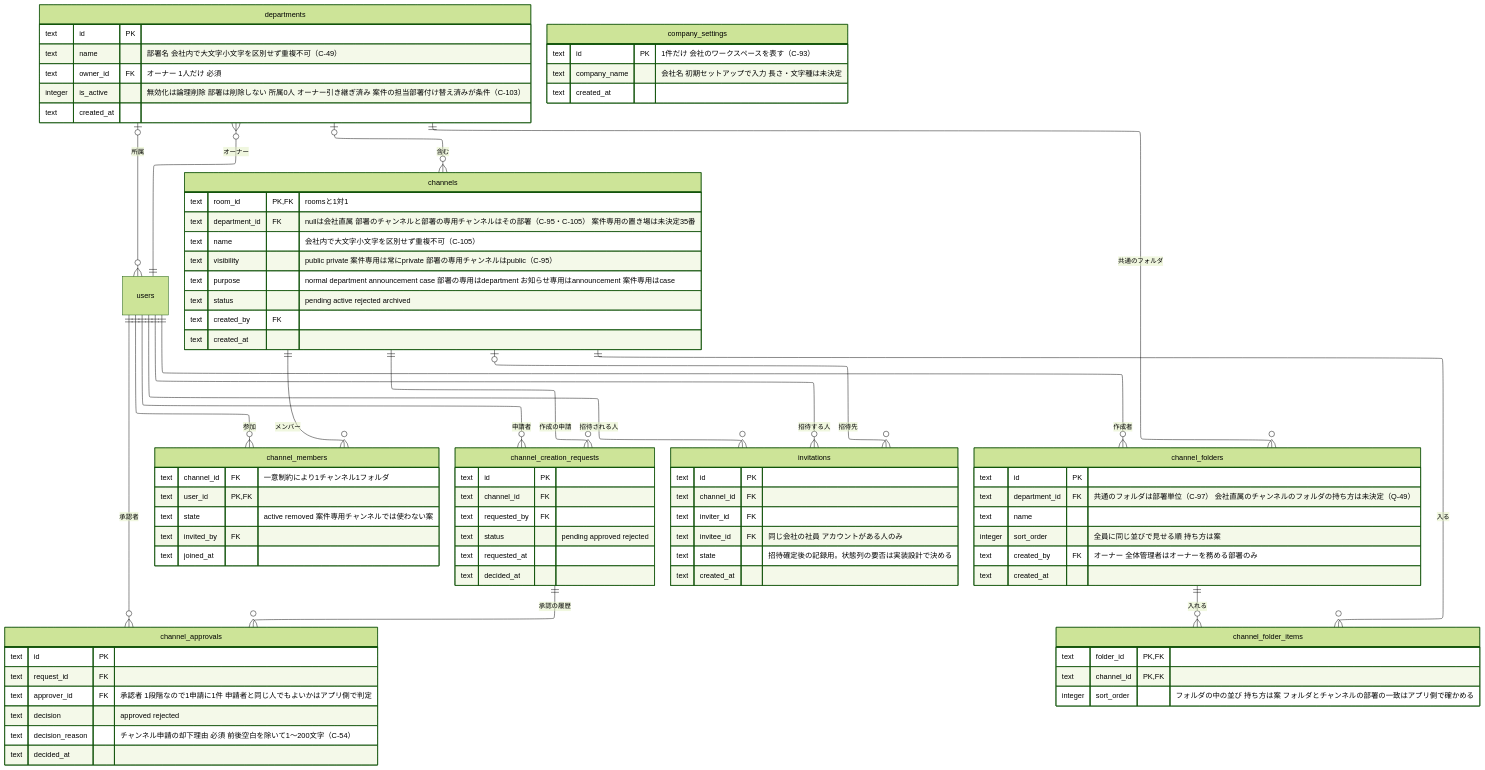
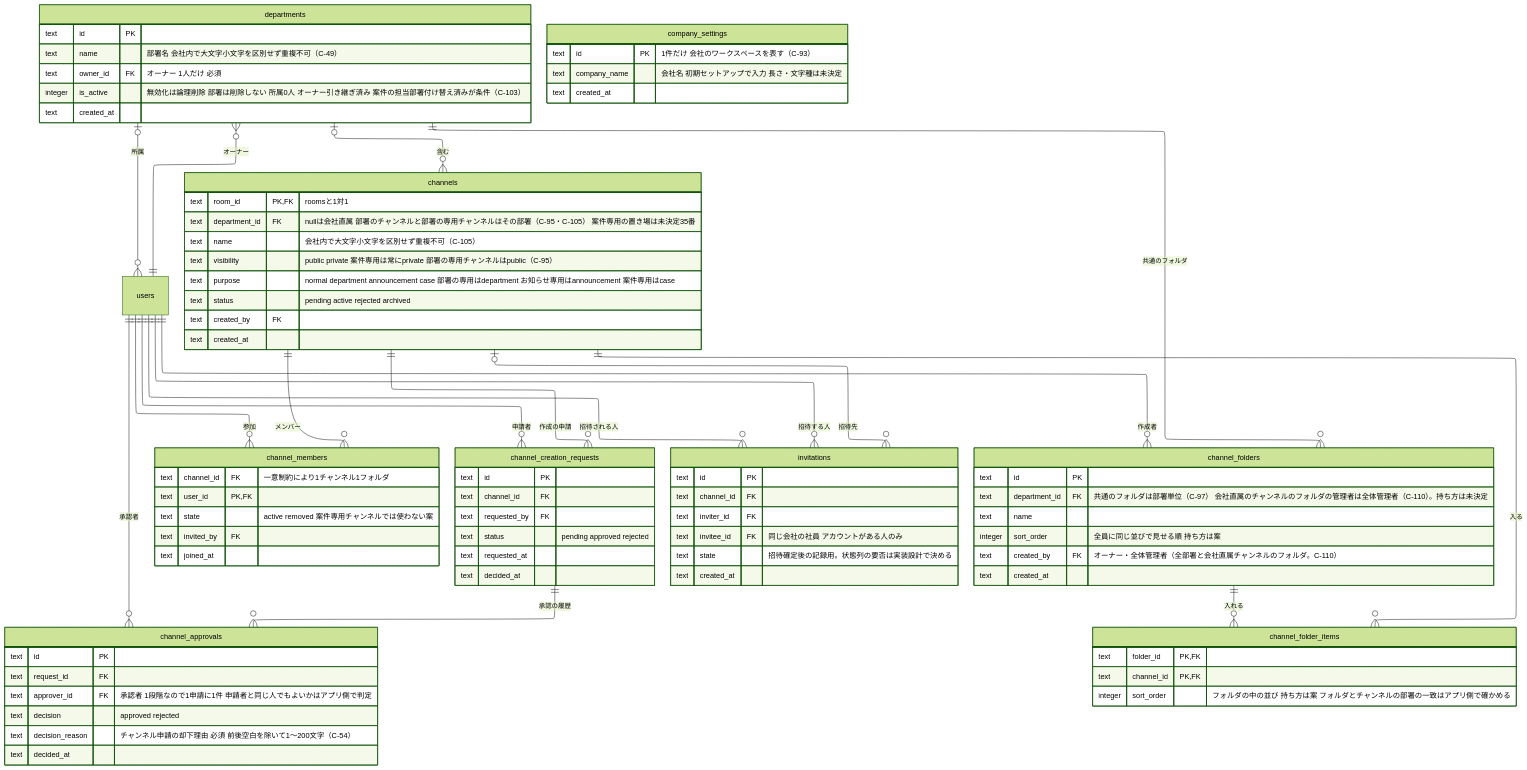
One commit to yamamotonaoki3/internal-system changed the sixth of 8 diagrams in docs/requirements/data-model.md. Above: the diagram before and after it, drawn with Mermaid (forest theme). The commit also changed other lines of this file and 10 other files, not shown here.

```diff
--- a/docs/requirements/data-model.md
+++ b/docs/requirements/data-model.md
@@ -297,10 +297,10 @@
     }
     channel_folders {
         text id PK
-        text department_id FK "共通のフォルダは部署単位（C-97） 会社直属のチャンネルのフォルダの持ち方は未決定（Q-49）"
+        text department_id FK "共通のフォルダは部署単位（C-97） 会社直属のチャンネルのフォルダの管理者は全体管理者（C-110）。持ち方は未決定"
         text name
         integer sort_order "全員に同じ並びで見せる順 持ち方は案"
-        text created_by FK "オーナー 全体管理者はオーナーを務める部署のみ"
+        text created_by FK "オーナー・全体管理者（全部署と会社直属チャンネルのフォルダ。C-110）"
         text created_at
     }
     channel_folder_items {
```
